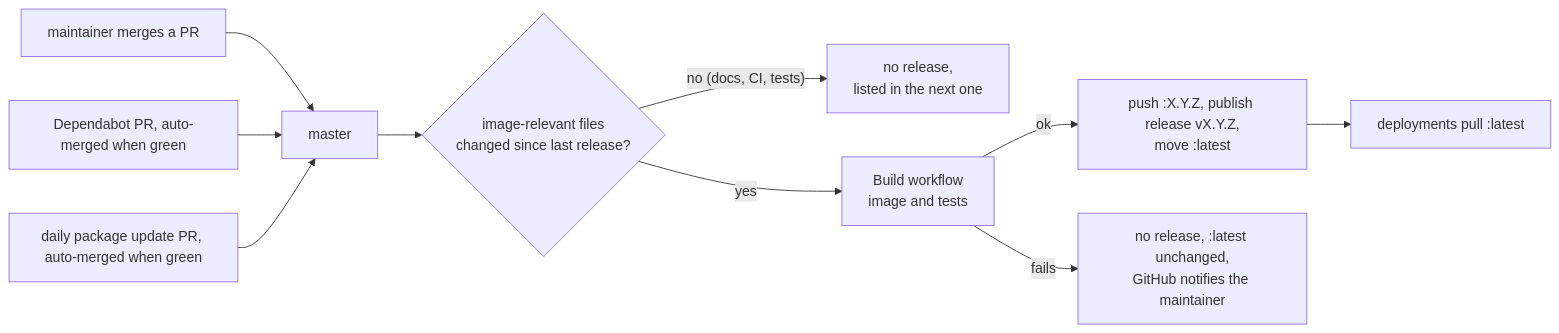
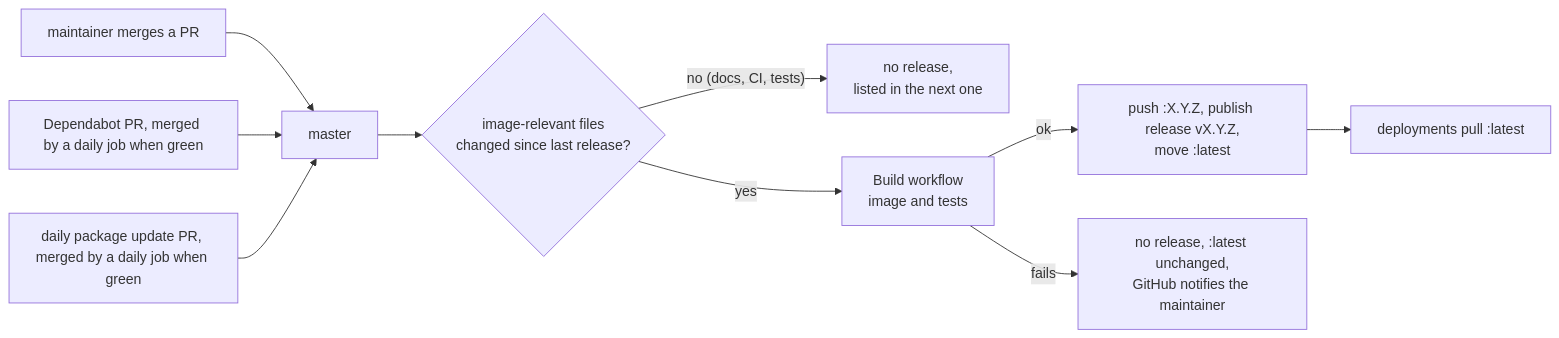
One commit to motwok/iSCSIContainer changed the diagram in RELEASING.md. Above: the diagram before and after it, drawn with Mermaid. The commit also changed other lines of this file and 3 other files, not shown here.

Commit message:
ci: daily merge job for update PRs (#2)

````diff
--- a/RELEASING.md
+++ b/RELEASING.md
@@ -28,12 +29,12 @@
 ```mermaid
 flowchart LR
   O[maintainer merges a PR] --> M[master]
-  D[Dependabot PR, auto-merged when green] --> M
-  U[daily package update PR, auto-merged when green] --> M
+  D[Dependabot PR, merged by a daily job when green] --> M
+  U[daily package update PR, merged by a daily job when green] --> M
   M --> C{image-relevant files<br/>changed since last release?}
   C -- "no (docs, CI, tests)" --> Q[no release,<br/>listed in the next one]
   C -- yes --> B[Build workflow<br/>image and tests]
   B -- ok --> R["push :X.Y.Z, publish release vX.Y.Z,<br/>move :latest"]
   B -- fails --> N[no release, :latest unchanged,<br/>GitHub notifies the maintainer]
   R --> P[deployments pull :latest]
 ```
````
